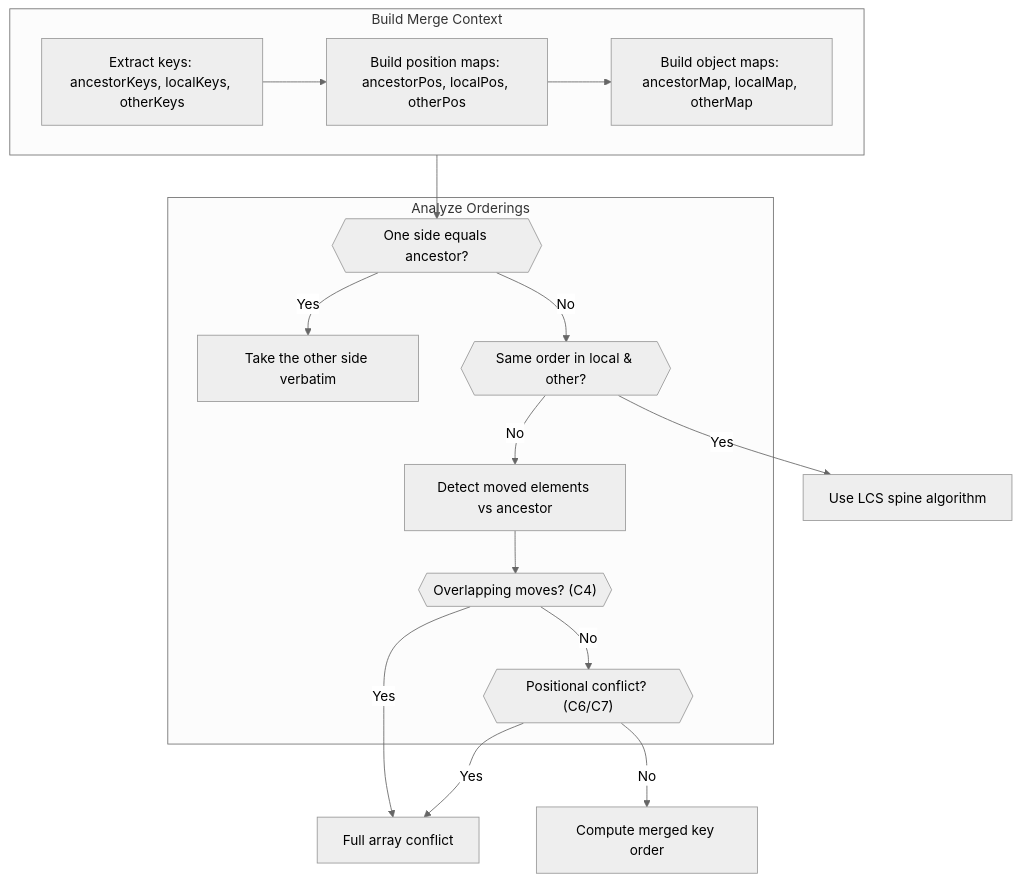
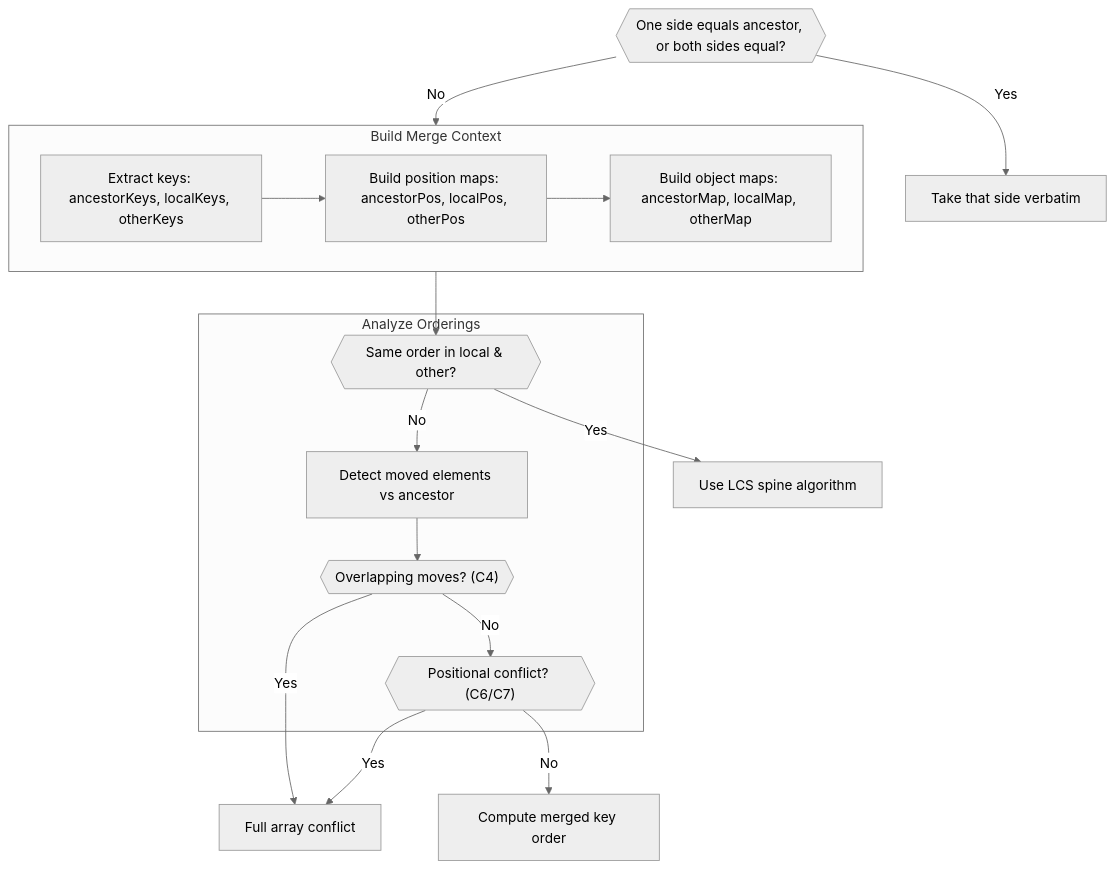
The seventh of 8 diagrams in DESIGN.md (scolladon/sf-git-merge-driver), drawn with Mermaid (neutral theme) before and after one commit. The commit also changed other lines of this file and 3 other files, not shown here.

Commit message:
fix(merger): take an ordered array whole when both sides made the same change

````diff
--- a/DESIGN.md
+++ b/DESIGN.md
@@ -445,29 +445,30 @@
 ```mermaid
 flowchart TD
+    WholeSide{{"One side equals ancestor, or both sides equal?"}}
+    TakeSide["Take that side verbatim"]
+    WholeSide -->|Yes| TakeSide
+    WholeSide -->|No| Build
+
     subgraph Build["Build Merge Context"]
         Extract["Extract keys: ancestorKeys, localKeys, otherKeys"]
         Maps["Build position maps: ancestorPos, localPos, otherPos"]
         ObjMaps["Build object maps: ancestorMap, localMap, otherMap"]
         Extract --> Maps --> ObjMaps
     end
 
     subgraph Analyze["Analyze Orderings"]
-        OneSided{{"One side equals ancestor?"}}
-        TakeOther["Take the other side verbatim"]
         FastPath{{"Same order in local & other?"}}
         Moved["Detect moved elements vs ancestor"]
         Overlap{{"Overlapping moves? (C4)"}}
         Position{{"Positional conflict? (C6/C7)"}}
     end
 
-    Build --> OneSided
-    OneSided -->|Yes| TakeOther
-    OneSided -->|No| FastPath
+    Build --> FastPath
     FastPath -->|Yes| Spine["Use LCS spine algorithm"]
     FastPath -->|No| Moved
     Moved --> Overlap
     Overlap -->|Yes| Conflict["Full array conflict"]
     Overlap -->|No| Position
     Position -->|Yes| Conflict
     Position -->|No| Disjoint["Compute merged key order"]
 ```
````
